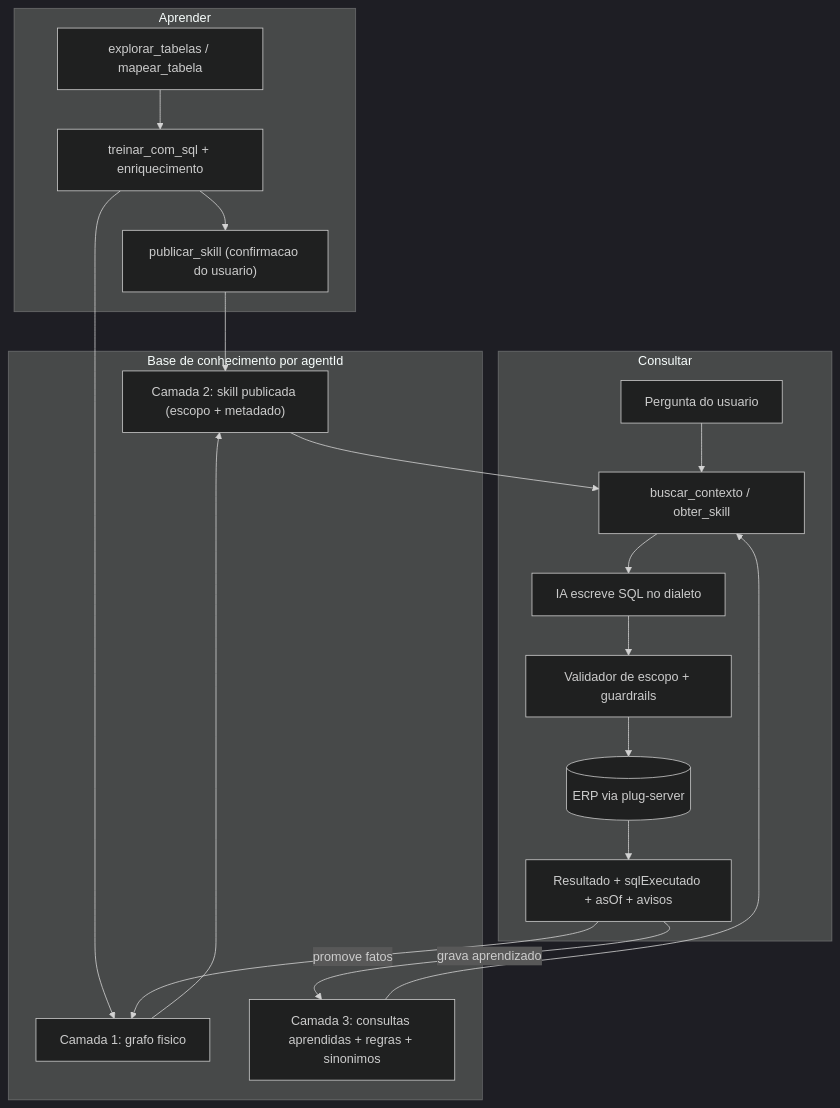
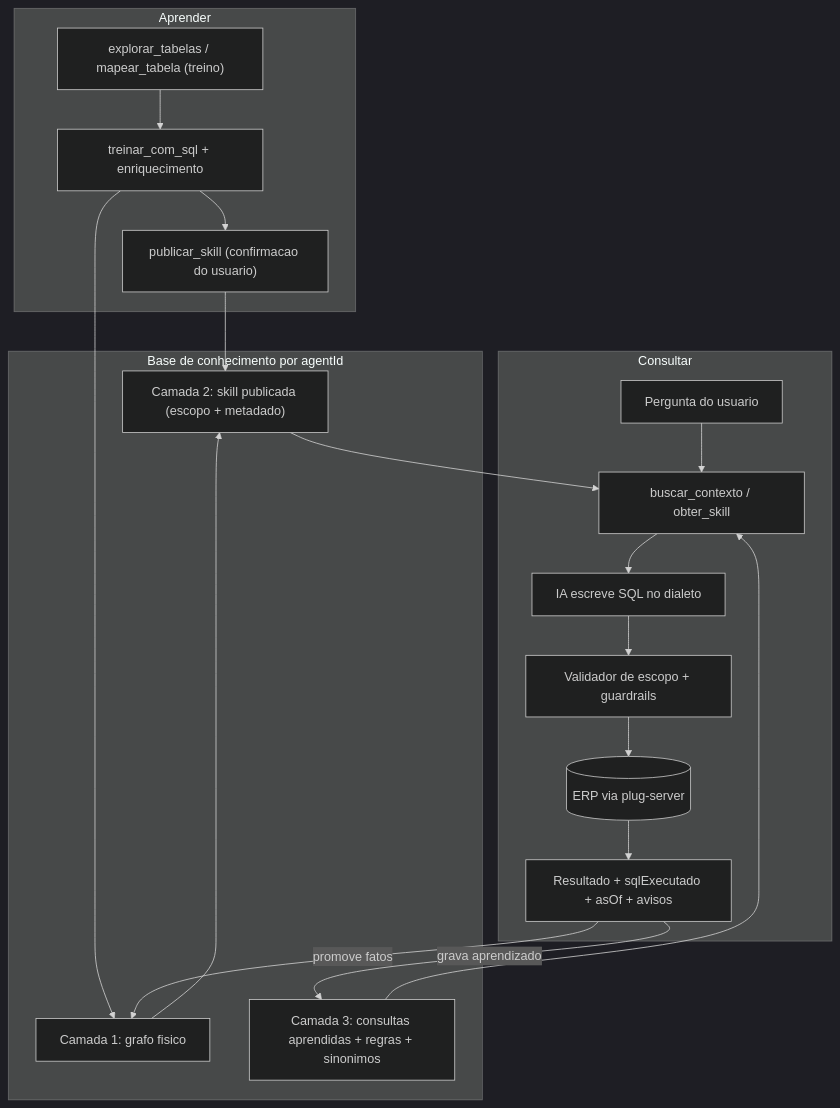
The diagram in docs/proposta-arquitetura-mcp-se7e.md (cesar-carlos/plug_mcp), drawn with Mermaid (dark theme) before and after one commit. The commit also changed other lines of this file and 106 other files, not shown here.

````diff
--- a/docs/proposta-arquitetura-mcp-se7e.md
+++ b/docs/proposta-arquitetura-mcp-se7e.md
@@ -41,30 +41,30 @@
 ```mermaid
 flowchart TB
   subgraph aprender [Aprender]
-    explorar["explorar_tabelas / mapear_tabela"]
+    explorar["explorar_tabelas / mapear_tabela (treino)"]
     treino["treinar_com_sql + enriquecimento"]
     publicar["publicar_skill (confirmacao do usuario)"]
     explorar --> treino --> publicar
   end
   subgraph conhecer [Base de conhecimento por agentId]
     grafo["Camada 1: grafo fisico"]
     pacote["Camada 2: skill publicada (escopo + metadado)"]
     exemplos["Camada 3: consultas aprendidas + regras + sinonimos"]
   end
   subgraph consultar [Consultar]
     pergunta[Pergunta do usuario]
     contexto["buscar_contexto / obter_skill"]
     sql["IA escreve SQL no dialeto"]
     validador["Validador de escopo + guardrails"]
     erp[("ERP via plug-server")]
     resposta["Resultado + sqlExecutado + asOf + avisos"]
   end
   publicar --> pacote
   treino --> grafo
   grafo --> pacote
   pergunta --> contexto --> sql --> validador --> erp --> resposta
   pacote --> contexto
   exemplos --> contexto
   resposta -->|grava aprendizado| exemplos
   resposta -->|promove fatos| grafo
 ```
````
